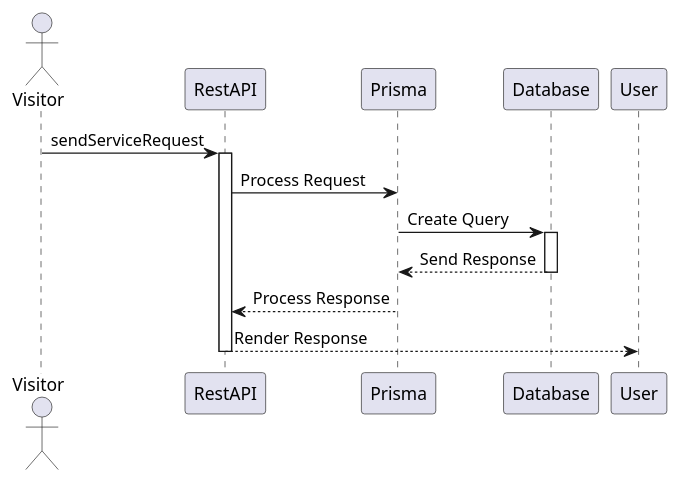
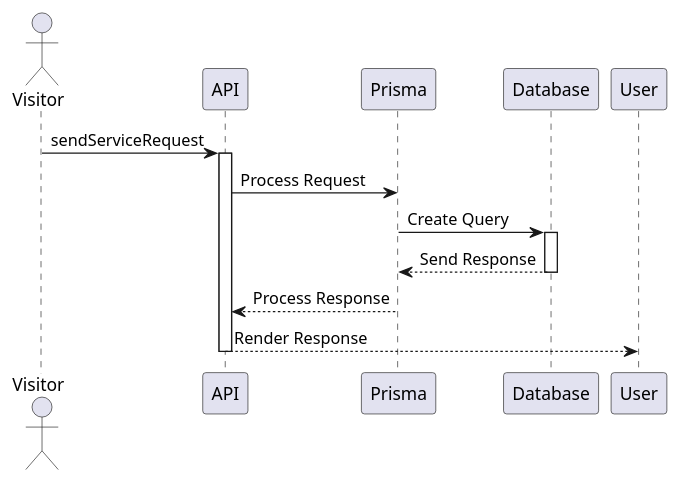
One commit to GutterneTheBois/smagen-af-oel changed the diagram in Documentation/Diagrams/sequence.puml. Above: the diagram before and after it, drawn with PlantUML. The commit also changed 3 other files, not shown here.

```diff
--- a/Documentation/Diagrams/sequence.puml
+++ b/Documentation/Diagrams/sequence.puml
@@ -1,25 +1,25 @@
 @startuml API
 actor Visitor
 
-participant "RestAPI" as A
+participant "API" as A
 participant "Prisma" as P
 participant "Database" as D
 
 Visitor -> A: sendServiceRequest
 activate A
 
 A -> P: Process Request
 
 P -> D: Create Query
 activate D
 
 D --> P: Send Response
 deactivate D
 
 P --> A: Process Response
 deactivate P
 
 A --> User: Render Response
 deactivate A
 
 @enduml
```
